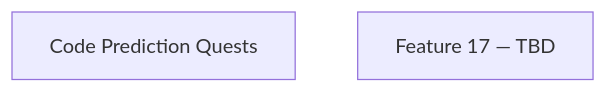
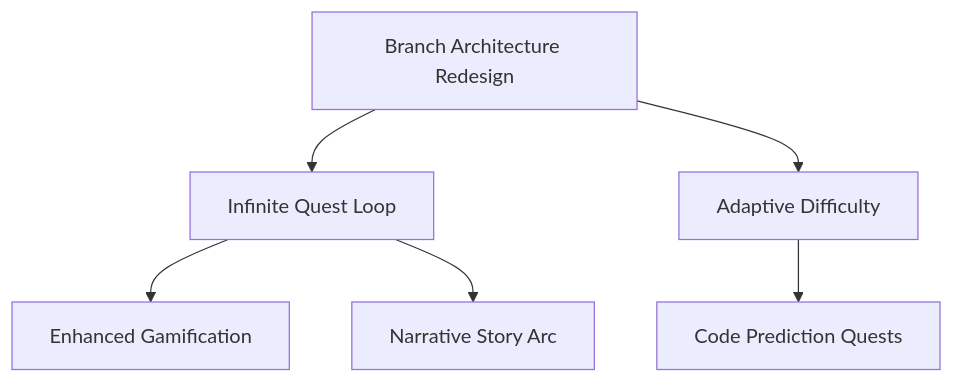
One commit to gocklkatz/cos-quest-master changed the diagram in design/phase4/phase4_main.md. Above: the diagram before and after it, drawn with Mermaid. The commit also changed other lines of this file, not shown here.

First line of the commit message:
docs: populate phase4_main.md with open design questions and feature stubs

````diff
--- a/design/phase4/phase4_main.md
+++ b/design/phase4/phase4_main.md
@@ -57,5 +165,15 @@
 ```mermaid
 graph TD
     F6[Code Prediction Quests]
-    F17[Feature 17 — TBD]
+    F17[Infinite Quest Loop]
+    F18[Adaptive Difficulty]
+    F19[Enhanced Gamification]
+    F20[Narrative Story Arc]
+    C5[Branch Architecture Redesign]
+
+    C5 --> F17
+    C5 --> F18
+    F17 --> F19
+    F18 --> F6
+    F17 --> F20
 ```
````
